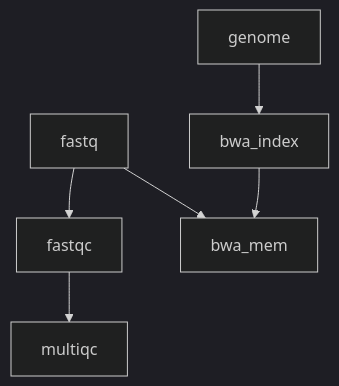
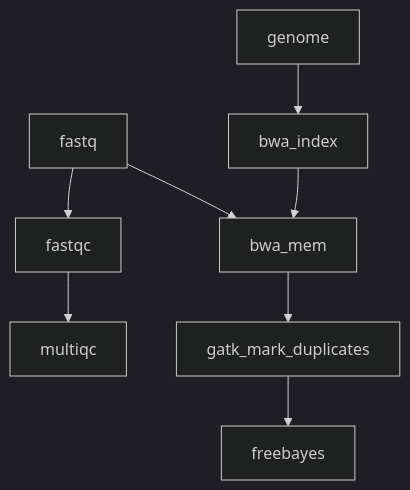
The diagram in README.md (marine-omics/movp), drawn with Mermaid (dark theme) before and after one commit. The commit also changed other lines of this file and 6 other files, not shown here.

````diff
--- a/README.md
+++ b/README.md
@@ -5,8 +7,10 @@
 ```mermaid
 graph TD;
 	fastq-->fastqc;
 	fastqc-->multiqc;
 	fastq-->bwa_mem;
 	genome-->bwa_index;
 	bwa_index-->bwa_mem;
+	bwa_mem-->gatk_mark_duplicates;
+	gatk_mark_duplicates-->freebayes;
 ```
````
